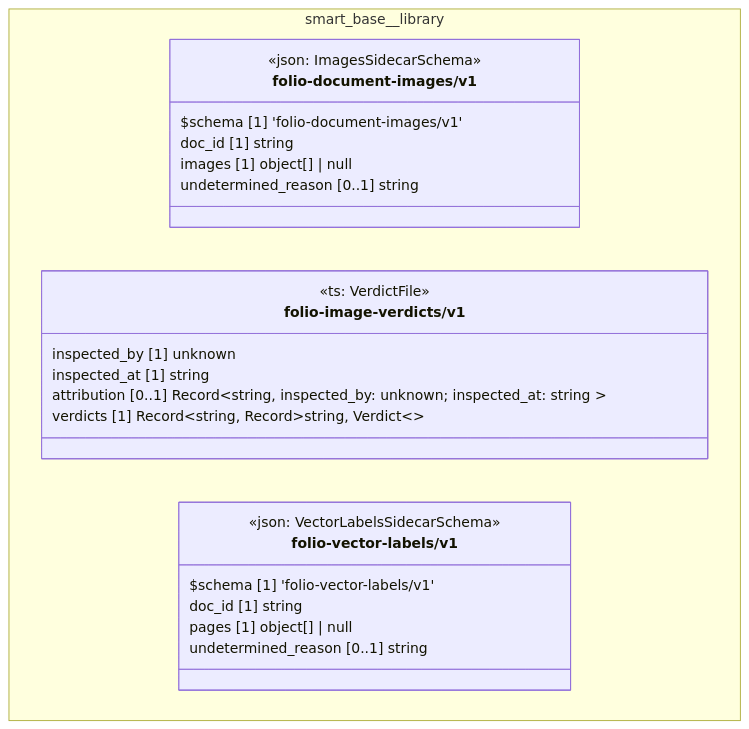
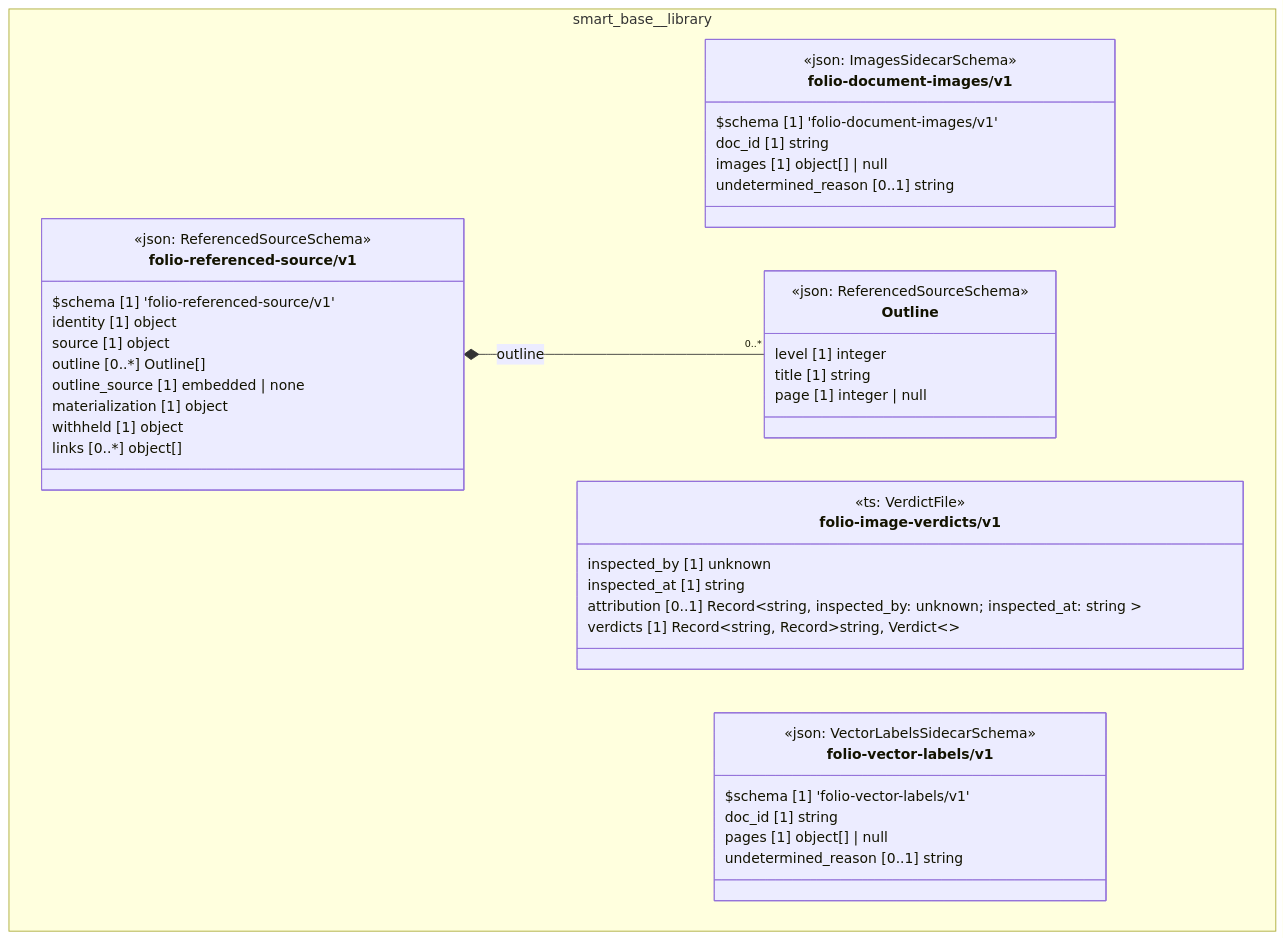
Before and after one commit to litlfred/folio-assistant: the diagram in cat-harness/uml/overview/smart-base/library.mmd, drawn with Mermaid. The commit also changed 293 other files, not shown here.

```diff
--- a/cat-harness/uml/overview/smart-base/library.mmd
+++ b/cat-harness/uml/overview/smart-base/library.mmd
@@ -1,28 +1,48 @@
 classDiagram
   direction TB
   namespace smart_base__library {
     class smart_base_library_folio_document_images_v1_folio_document_images_v1["folio-document-images/v1"] {
       <<json: ImagesSidecarSchema>>
       $schema [1] 'folio-document-images/v1'
       doc_id [1] string
       images [1] object[] | null
       undetermined_reason [0..1] string
     }
     class smart_base_library_folio_image_verdicts_v1["folio-image-verdicts/v1"] {
       <<ts: VerdictFile>>
       inspected_by [1] unknown
       inspected_at [1] string
       attribution [0..1] Record~string,  inspected_by: unknown; inspected_at: string ~
       verdicts [1] Record~string, Record~string, Verdict~~
     }
     class smart_base_library_folio_vector_labels_v1_folio_vector_labels_v1["folio-vector-labels/v1"] {
       <<json: VectorLabelsSidecarSchema>>
       $schema [1] 'folio-vector-labels/v1'
       doc_id [1] string
       pages [1] object[] | null
       undetermined_reason [0..1] string
     }
+    class smart_base_library_folio_referenced_source_v1_Outline["Outline"] {
+      <<json: ReferencedSourceSchema>>
+      level [1] integer
+      title [1] string
+      page [1] integer | null
+    }
+    class smart_base_library_folio_referenced_source_v1_folio_referenced_source_v1["folio-referenced-source/v1"] {
+      <<json: ReferencedSourceSchema>>
+      $schema [1] 'folio-referenced-source/v1'
+      identity [1] object
+      source [1] object
+      outline [0..*] Outline[]
+      outline_source [1] embedded | none
+      materialization [1] object
+      withheld [1] object
+      links [0..*] object[]
+    }
   }
+  smart_base_library_folio_referenced_source_v1_folio_referenced_source_v1 *-- "0..*" smart_base_library_folio_referenced_source_v1_Outline : outline
   cssClass "smart_base_library_folio_document_images_v1_folio_document_images_v1" fa_uml_kind_library
   cssClass "smart_base_library_folio_image_verdicts_v1" fa_uml_kind_library
   cssClass "smart_base_library_folio_vector_labels_v1_folio_vector_labels_v1" fa_uml_kind_library
+  cssClass "smart_base_library_folio_referenced_source_v1_Outline" fa_uml_kind_library
+  cssClass "smart_base_library_folio_referenced_source_v1_folio_referenced_source_v1" fa_uml_kind_library
```
